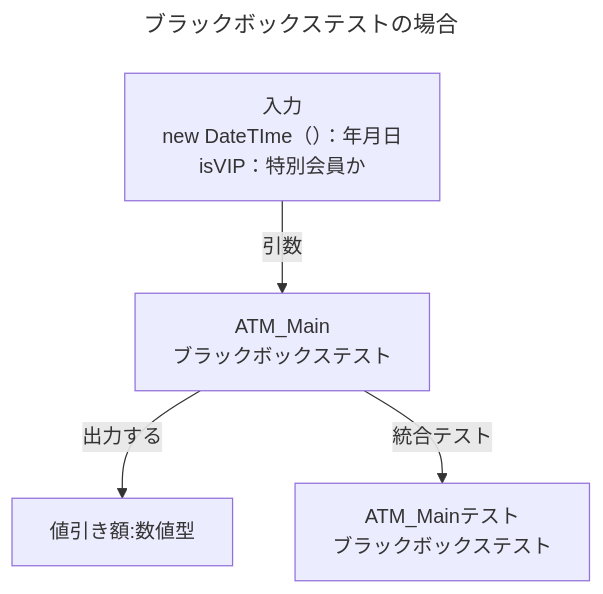
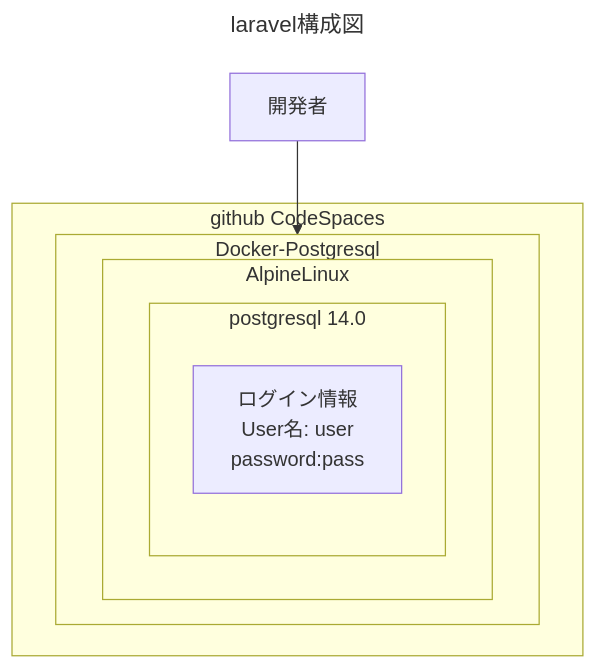
Before and after one commit to RYA234/OSS_DB_Silver_Learning: the diagram in README.md, drawn with Mermaid. The commit also changed other lines of this file and 28 other files, not shown here.

````diff
--- a/README.md
+++ b/README.md
@@ -48,16 +6,22 @@
 ```mermaid
 ---
-title: ブラックボックステストの場合
+title: laravel構成図
 ---
 flowchart
+
 %% 図など
-INPUT[入力</br>new DateTIme（）：年月日 </br> isVIP：特別会員か]
-ATM_Main[ATM_Main</br>ブラックボックステスト]
-OUTPUT[値引き額:数値型]
-TEST[ATM_Mainテスト </br> ブラックボックステスト </br> ]
+subgraph Windows[github CodeSpaces]
+    subgraph Client[Docker-Postgresql]
+        subgraph Linux[AlpineLinux]
+            subgraph DB[postgresql 14.0]
+                info3[ログイン情報</br> User名: user </br> password:pass ]
+            end
+        end
+    end
+end
 
+User[開発者]
 %% 接続部分
-INPUT --引数--> ATM_Main --出力する--> OUTPUT
-ATM_Main --統合テスト--> TEST
-
+User --> Client
+Windows --docker-compose_exec_-it_postgresql--> Client
 ```
````
